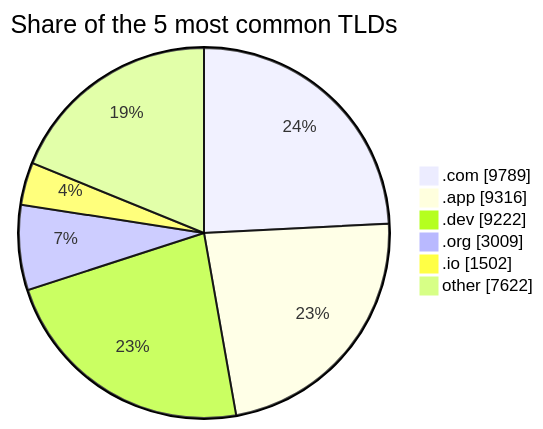
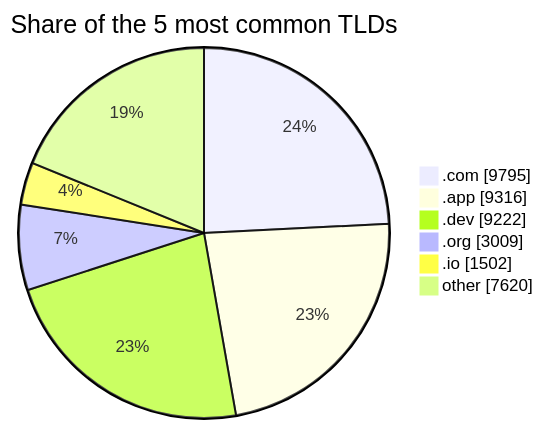
Before and after one commit to DNSBunker/CTI: the third of 3 diagrams in README.md, drawn with Mermaid. The commit also changed other lines of this file and 3 other files, not shown here.

````diff
--- a/README.md
+++ b/README.md
@@ -81,9 +81,9 @@
 ```mermaid
 pie showData title Share of the 5 most common TLDs
-    ".com" : 9789
+    ".com" : 9795
     ".app" : 9316
     ".dev" : 9222
     ".org" : 3009
     ".io" : 1502
-    "other" : 7622
+    "other" : 7620
 ```
````
